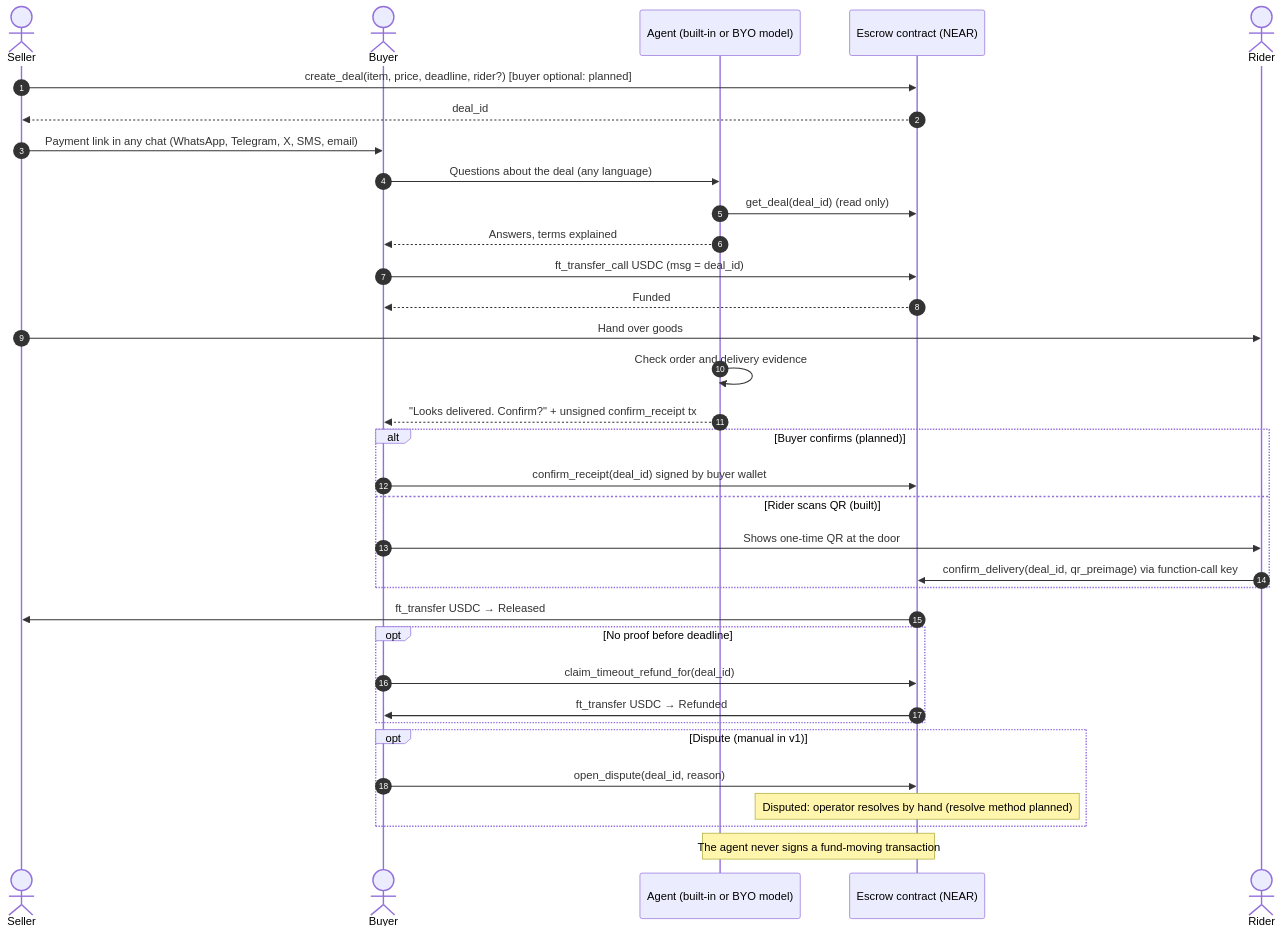
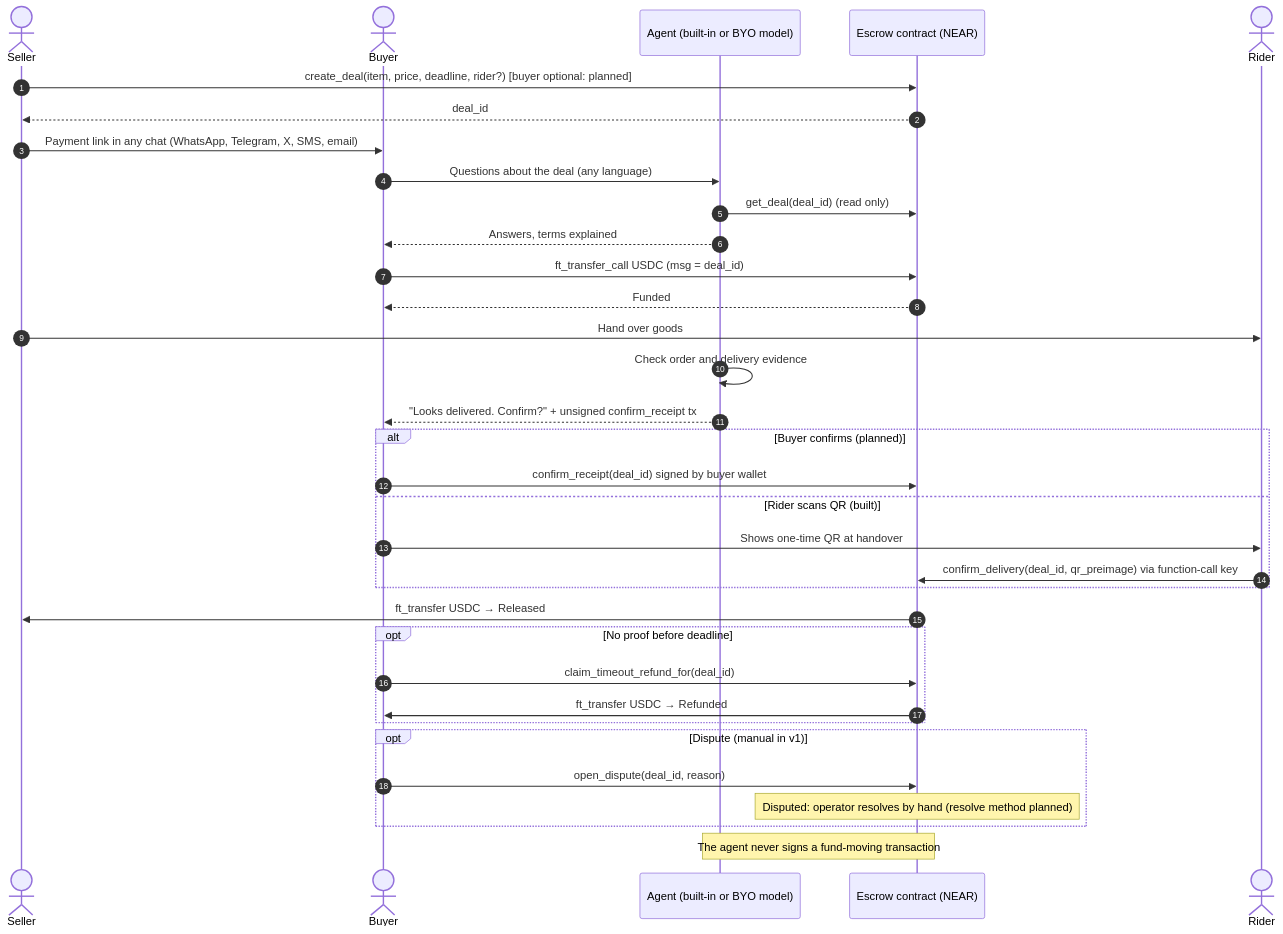
The first of 2 diagrams in docs/end_to_end_flow.md (drizzy765/Trustlock), drawn with Mermaid before and after one commit. The commit also changed other lines of this file and 9 other files, not shown here.

````diff
--- a/docs/end_to_end_flow.md
+++ b/docs/end_to_end_flow.md
@@ -47,37 +47,37 @@
 ```mermaid
 sequenceDiagram
     autonumber
     actor Seller
     actor Buyer
     participant Agent as Agent (built-in or BYO model)
     participant Contract as Escrow contract (NEAR)
     actor Rider
 
     Seller->>Contract: create_deal(item, price, deadline, rider?)  [buyer optional: planned]
     Contract-->>Seller: deal_id
     Seller->>Buyer: Payment link in any chat (WhatsApp, Telegram, X, SMS, email)
     Buyer->>Agent: Questions about the deal (any language)
     Agent->>Contract: get_deal(deal_id) (read only)
     Agent-->>Buyer: Answers, terms explained
     Buyer->>Contract: ft_transfer_call USDC (msg = deal_id)
     Contract-->>Buyer: Funded
     Seller->>Rider: Hand over goods
     Agent->>Agent: Check order and delivery evidence
     Agent-->>Buyer: "Looks delivered. Confirm?" + unsigned confirm_receipt tx
     alt Buyer confirms (planned)
         Buyer->>Contract: confirm_receipt(deal_id) signed by buyer wallet
     else Rider scans QR (built)
-        Buyer->>Rider: Shows one-time QR at the door
+        Buyer->>Rider: Shows one-time QR at handover
         Rider->>Contract: confirm_delivery(deal_id, qr_preimage) via function-call key
     end
     Contract->>Seller: ft_transfer USDC → Released
     opt No proof before deadline
         Buyer->>Contract: claim_timeout_refund_for(deal_id)
         Contract->>Buyer: ft_transfer USDC → Refunded
     end
     opt Dispute (manual in v1)
         Buyer->>Contract: open_dispute(deal_id, reason)
         Note over Contract: Disputed: operator resolves by hand (resolve method planned)
     end
     Note over Agent,Contract: The agent never signs a fund-moving transaction
 ```
````
